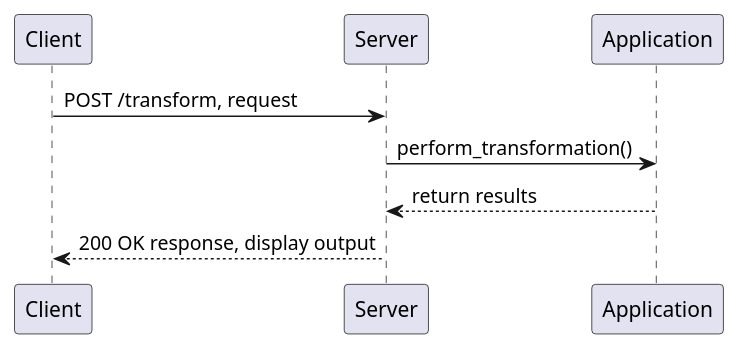
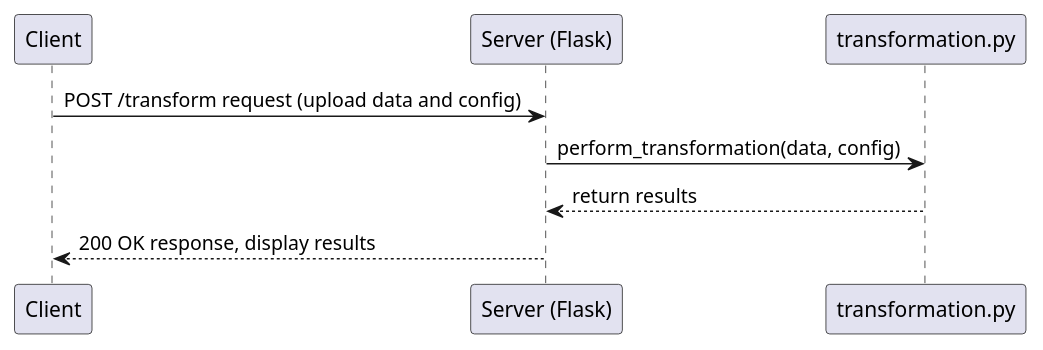
One commit to pdrogos02/crisp-take-home changed the diagram in sequence.puml. Above: the diagram before and after it, drawn with PlantUML. The commit also changed 2 other files, not shown here.

Commit message:
/feature updates to simplified sequence diagram and overview

```diff
--- a/sequence.puml
+++ b/sequence.puml
@@ -1,7 +1,7 @@
 @startuml
-Client -> Server: POST /transform, request
-Server -> Application: perform_transformation()
-Application --> Server: return results
-Server --> Client: 200 OK response, display output
+Client -> "Server (Flask)": POST /transform request (upload data and config)
+"Server (Flask)"-> "transformation.py": perform_transformation(data, config)
+"transformation.py" --> "Server (Flask)": return results
+"Server (Flask)" --> Client: 200 OK response, display results
 
 @enduml
```
